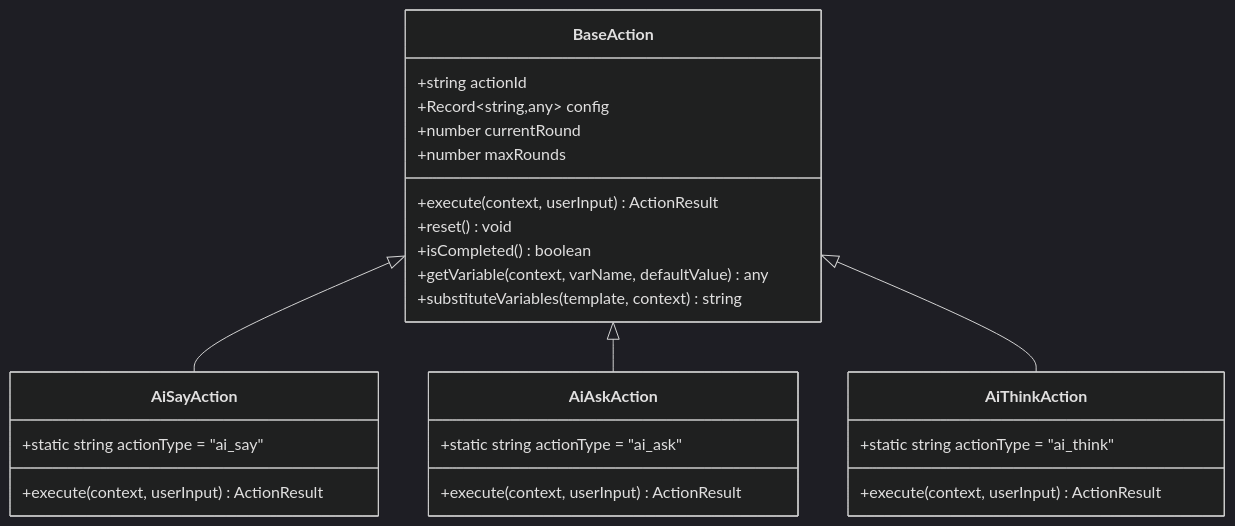
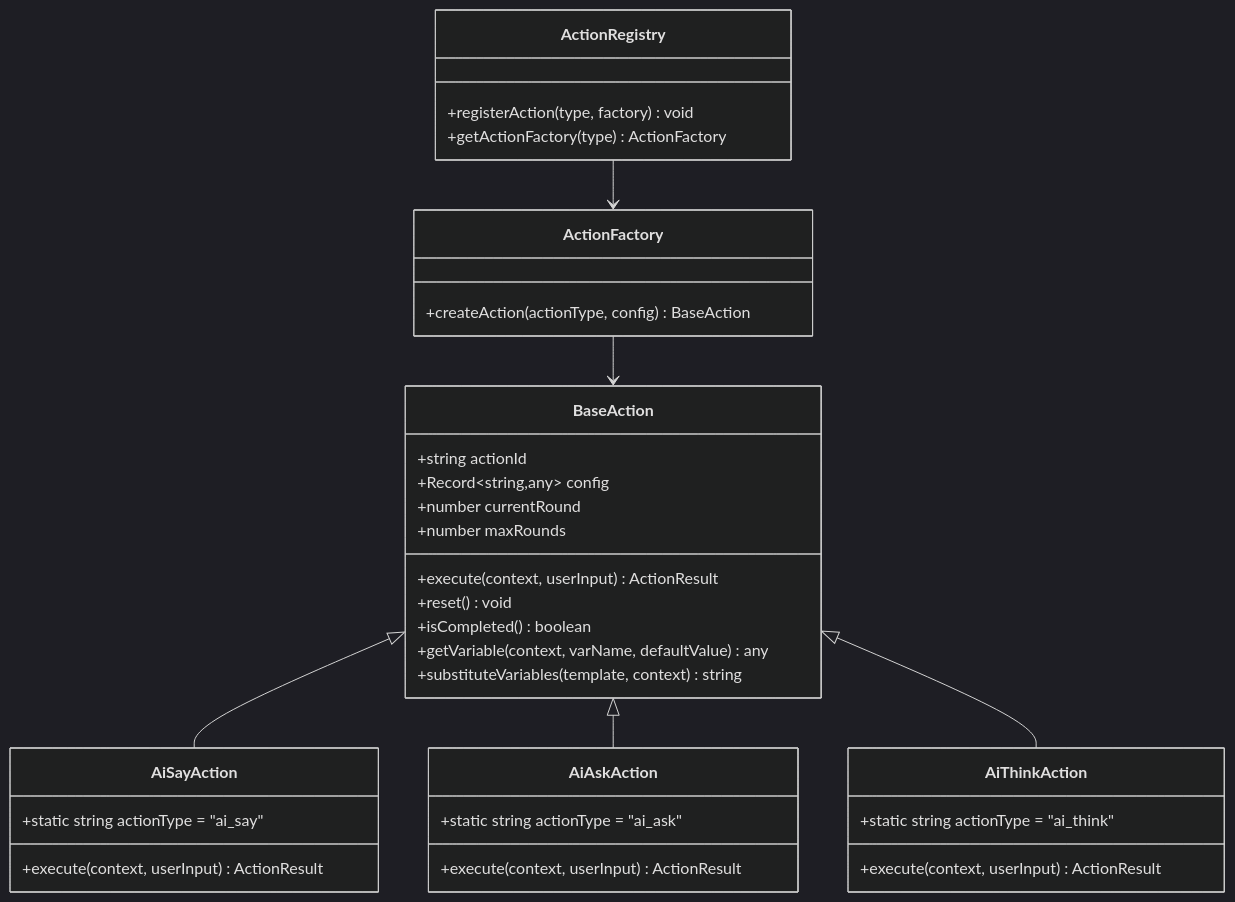
One commit to EverettCamus/HeartRule-Qoder changed the third of 14 diagrams in .qoder/repowiki/zh/content/开发指南/开发指南.md. Above: the diagram before and after it, drawn with Mermaid (dark theme). The commit also changed other lines of this file and 8 other files, not shown here.

````diff
--- a/.qoder/repowiki/zh/content/开发指南/开发指南.md
+++ b/.qoder/repowiki/zh/content/开发指南/开发指南.md
@@ -147,29 +168,38 @@
 ```mermaid
 classDiagram
 class BaseAction {
 +string actionId
 +Record~string,any~ config
 +number currentRound
 +number maxRounds
 +execute(context, userInput) ActionResult
 +reset() void
 +isCompleted() boolean
 +getVariable(context, varName, defaultValue) any
 +substituteVariables(template, context) string
 }
 class AiSayAction {
 +static string actionType = "ai_say"
 +execute(context, userInput) ActionResult
 }
 class AiAskAction {
 +static string actionType = "ai_ask"
 +execute(context, userInput) ActionResult
 }
 class AiThinkAction {
 +static string actionType = "ai_think"
 +execute(context, userInput) ActionResult
 }
+class ActionFactory {
++createAction(actionType, config) BaseAction
+}
+class ActionRegistry {
++registerAction(type, factory) void
++getActionFactory(type) ActionFactory
+}
 BaseAction <|-- AiSayAction
 BaseAction <|-- AiAskAction
 BaseAction <|-- AiThinkAction
+ActionFactory --> BaseAction
+ActionRegistry --> ActionFactory
 ```
````
